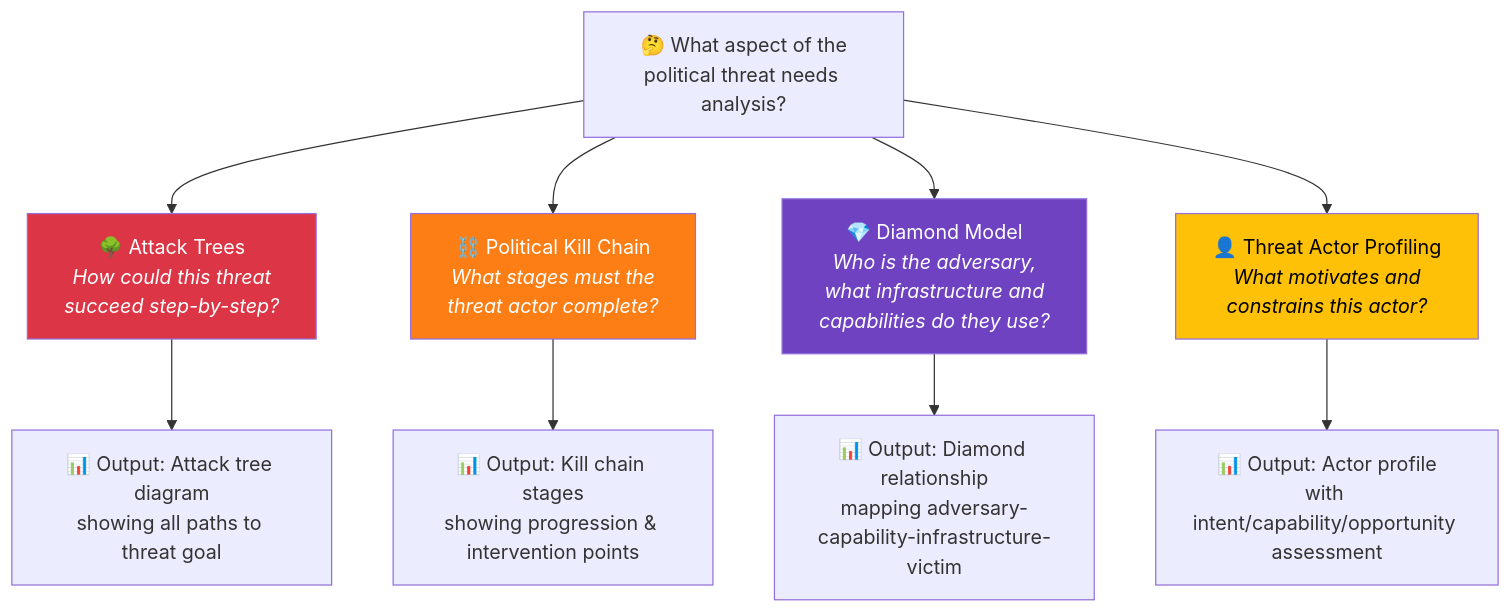
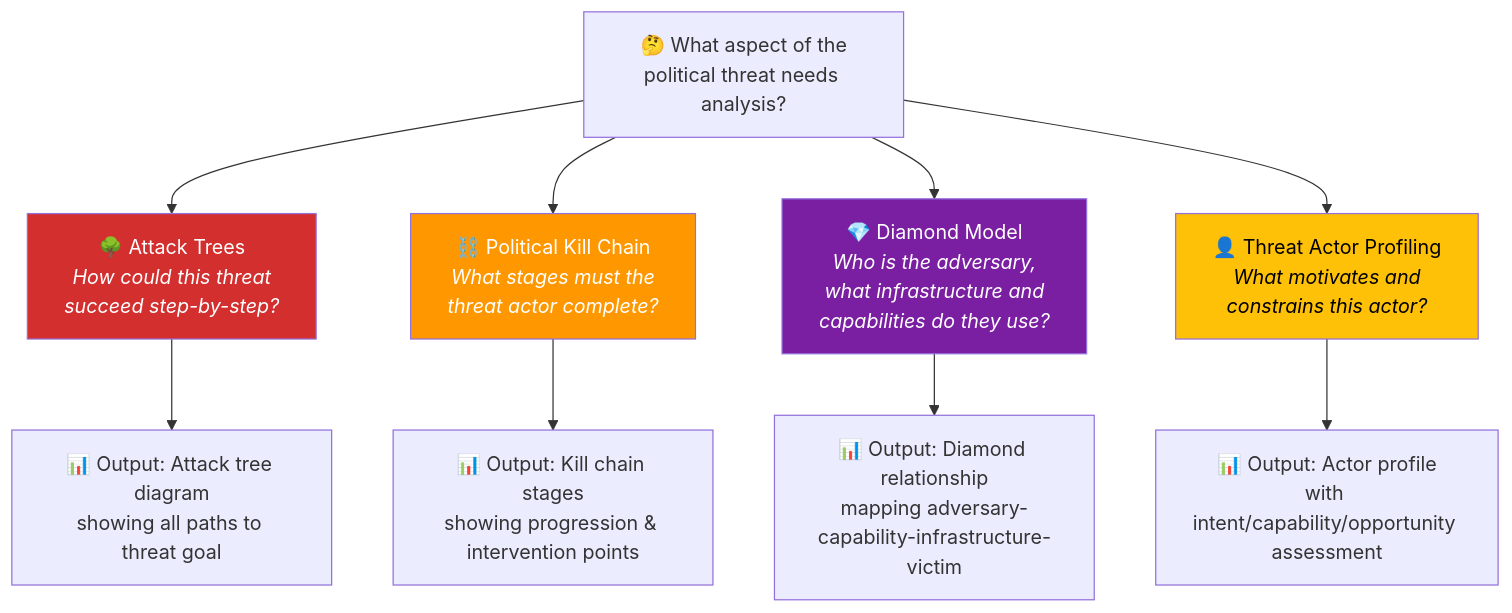
Before and after one commit to Hack23/riksdagsmonitor: the first of 11 diagrams in analysis/methodologies/political-threat-framework.md, drawn with Mermaid. The commit also changed other lines of this file and 14 other files, not shown here.

First line of the commit message:
Align analysis/ mermaid diagrams with ISMS Style Guide palette and convert SWOT to quadrantChart

````diff
--- a/analysis/methodologies/political-threat-framework.md
+++ b/analysis/methodologies/political-threat-framework.md
@@ -39,18 +39,18 @@
 ```mermaid
 flowchart TD
     Q["🤔 What aspect of the<br/>political threat needs analysis?"]
     Q --> A["🌳 Attack Trees<br/><em>How could this threat<br/>succeed step-by-step?</em>"]
     Q --> B["⛓️ Political Kill Chain<br/><em>What stages must the<br/>threat actor complete?</em>"]
     Q --> C["💎 Diamond Model<br/><em>Who is the adversary,<br/>what infrastructure and<br/>capabilities do they use?</em>"]
     Q --> E["👤 Threat Actor Profiling<br/><em>What motivates and<br/>constrains this actor?</em>"]
 
     A --> F["📊 Output: Attack tree diagram<br/>showing all paths to threat goal"]
     B --> G["📊 Output: Kill chain stages<br/>showing progression & intervention points"]
     C --> H["📊 Output: Diamond relationship<br/>mapping adversary-capability-infrastructure-victim"]
     E --> J["📊 Output: Actor profile<br/>with intent/capability/opportunity assessment"]
 
-    style A fill:#dc3545,color:#fff
-    style B fill:#fd7e14,color:#fff
-    style C fill:#6f42c1,color:#fff
-    style E fill:#ffc107,color:#000
+    style A fill:#D32F2F,color:#FFFFFF
+    style B fill:#FF9800,color:#FFFFFF
+    style C fill:#7B1FA2,color:#FFFFFF
+    style E fill:#FFC107,color:#000000
 ```
````
